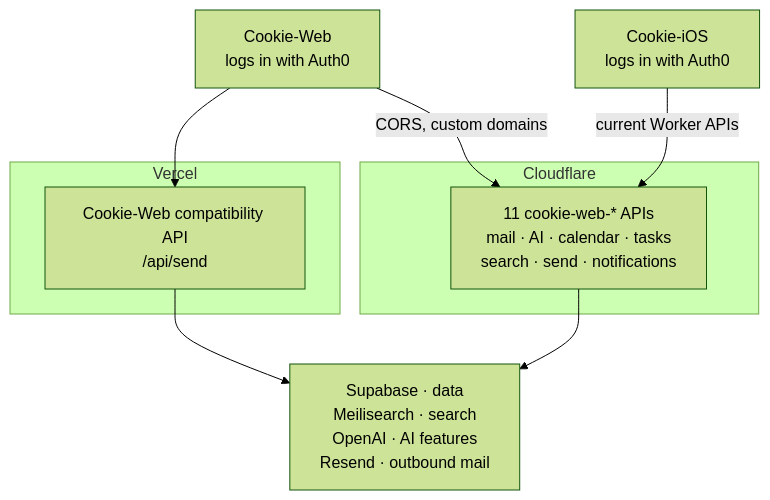
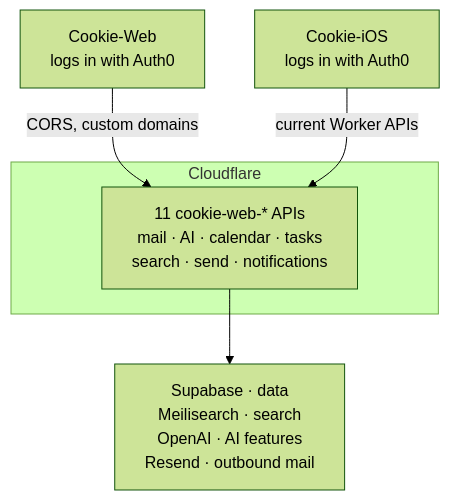
One commit to allistera/Cookie-Docs changed the fifth of 7 diagrams in docs/01-architecture.mdx. Above: the diagram before and after it, drawn with Mermaid (forest theme). The commit also changed other lines of this file and 4 other files, not shown here.

````diff
--- a/docs/01-architecture.mdx
+++ b/docs/01-architecture.mdx
@@ -152,21 +152,15 @@
 ```mermaid
 flowchart TB
     Web["Cookie-Web<br/>logs in with Auth0"]
     IOS["Cookie-iOS<br/>logs in with Auth0"]
-
-    subgraph Vercel["Vercel"]
-        API["Cookie-Web compatibility API<br/>/api/send"]
-    end
 
     subgraph CF["Cloudflare"]
         Workers["11 cookie-web-* APIs<br/>mail · AI · calendar · tasks<br/>search · send · notifications"]
     end
 
     Services["Supabase · data<br/>Meilisearch · search<br/>OpenAI · AI features<br/>Resend · outbound mail"]
 
-    Web --> API
     Web -- "CORS, custom domains" --> Workers
     IOS -- "current Worker APIs" --> Workers
-    API --> Services
     Workers --> Services
 ```
````
